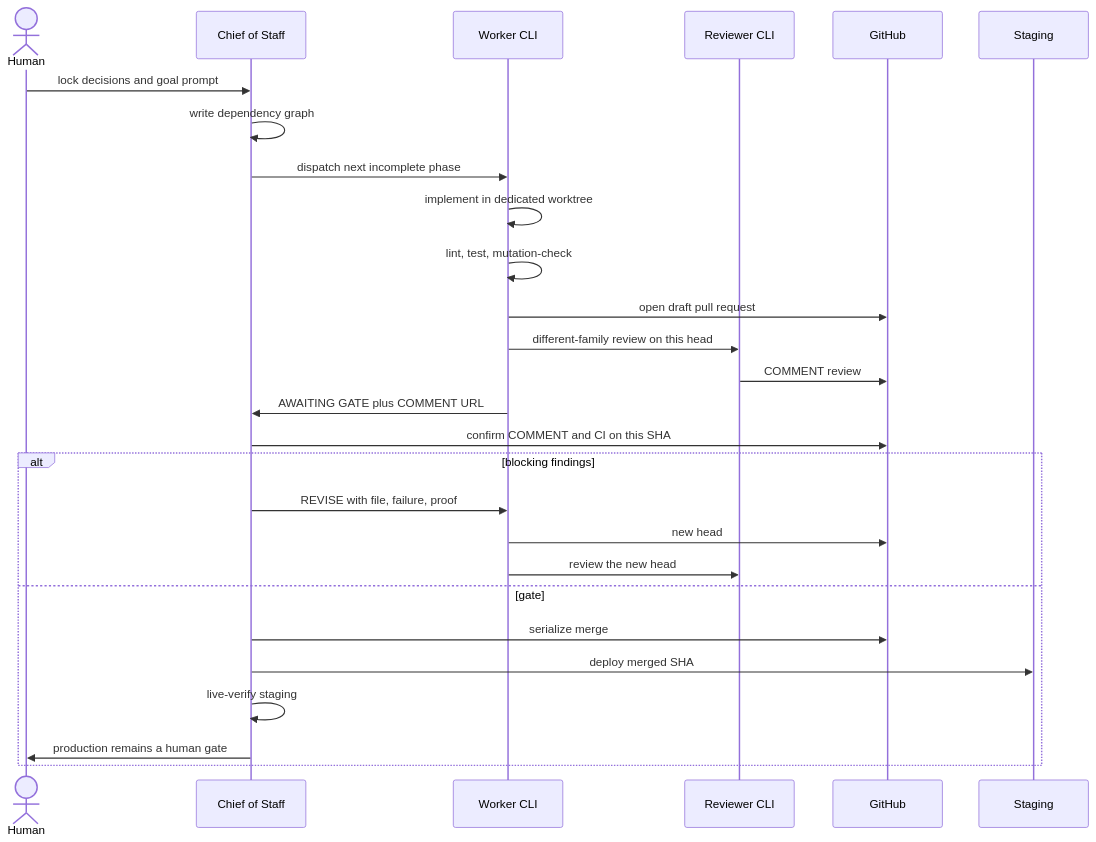
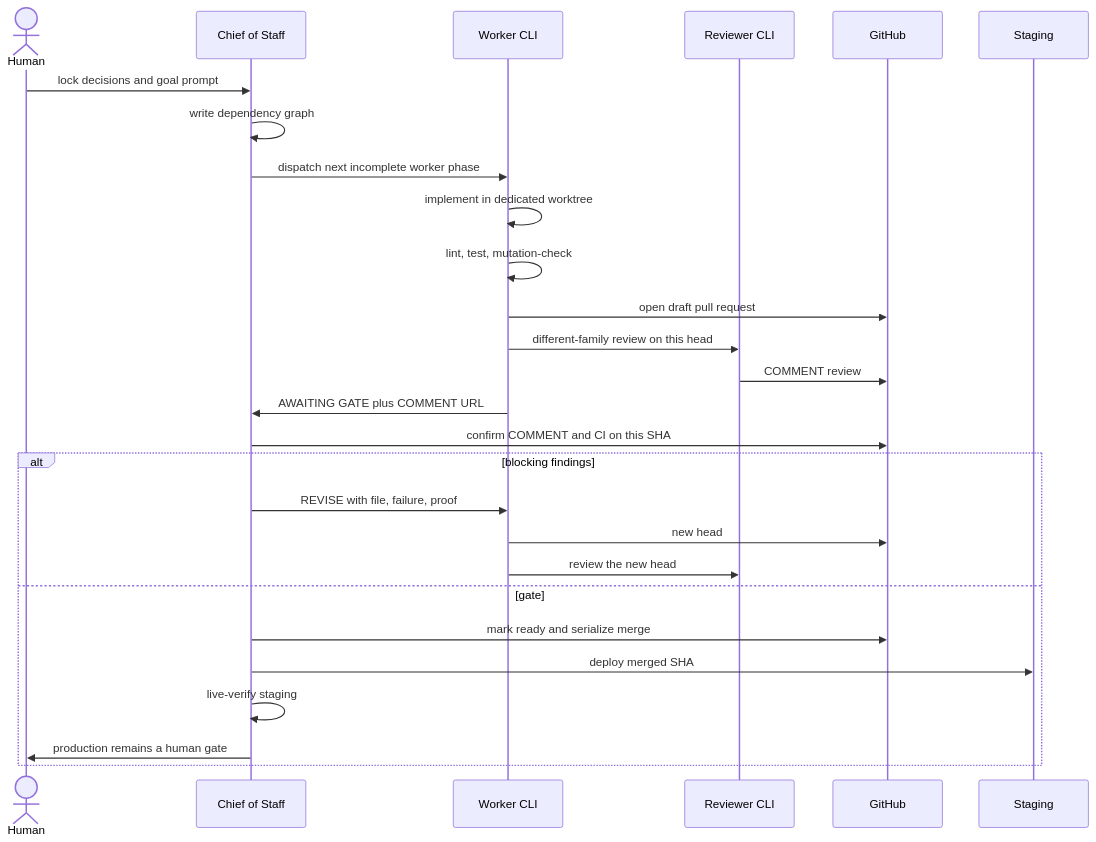
Before and after one commit to cortex-mesh/controller-playbook: the second of 2 diagrams in docs/architecture.md, drawn with Mermaid. The commit also changed other lines of this file and 16 other files, not shown here.

First line of the commit message:
docs: pin review SHA, CoS-only staging, and living graph

````diff
--- a/docs/architecture.md
+++ b/docs/architecture.md
@@ -59,30 +59,30 @@
 ```mermaid
 sequenceDiagram
   actor Human
   participant CoS as Chief of Staff
   participant Worker as Worker CLI
   participant Rev as Reviewer CLI
   participant GH as GitHub
   participant Stage as Staging
 
   Human->>CoS: lock decisions and goal prompt
   CoS->>CoS: write dependency graph
-  CoS->>Worker: dispatch next incomplete phase
+  CoS->>Worker: dispatch next incomplete worker phase
   Worker->>Worker: implement in dedicated worktree
   Worker->>Worker: lint, test, mutation-check
   Worker->>GH: open draft pull request
   Worker->>Rev: different-family review on this head
   Rev->>GH: COMMENT review
   Worker->>CoS: AWAITING GATE plus COMMENT URL
   CoS->>GH: confirm COMMENT and CI on this SHA
   alt blocking findings
     CoS->>Worker: REVISE with file, failure, proof
     Worker->>GH: new head
     Worker->>Rev: review the new head
   else gate
-    CoS->>GH: serialize merge
+    CoS->>GH: mark ready and serialize merge
     CoS->>Stage: deploy merged SHA
     CoS->>CoS: live-verify staging
     CoS->>Human: production remains a human gate
   end
 ```
````
